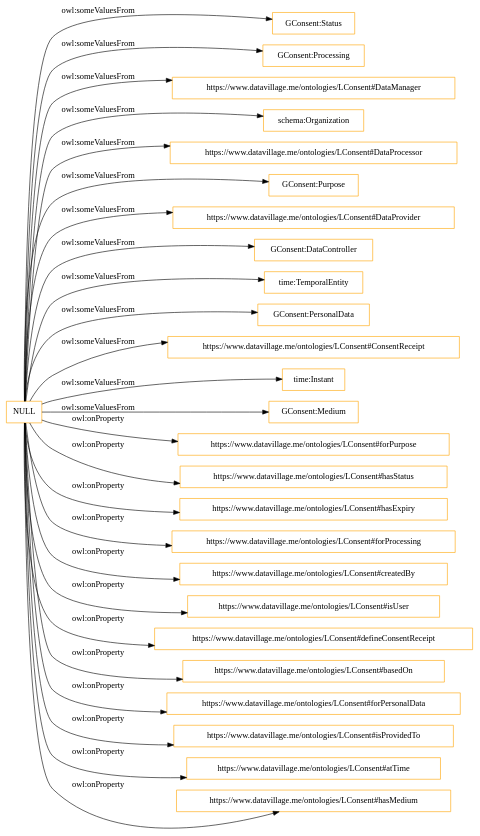
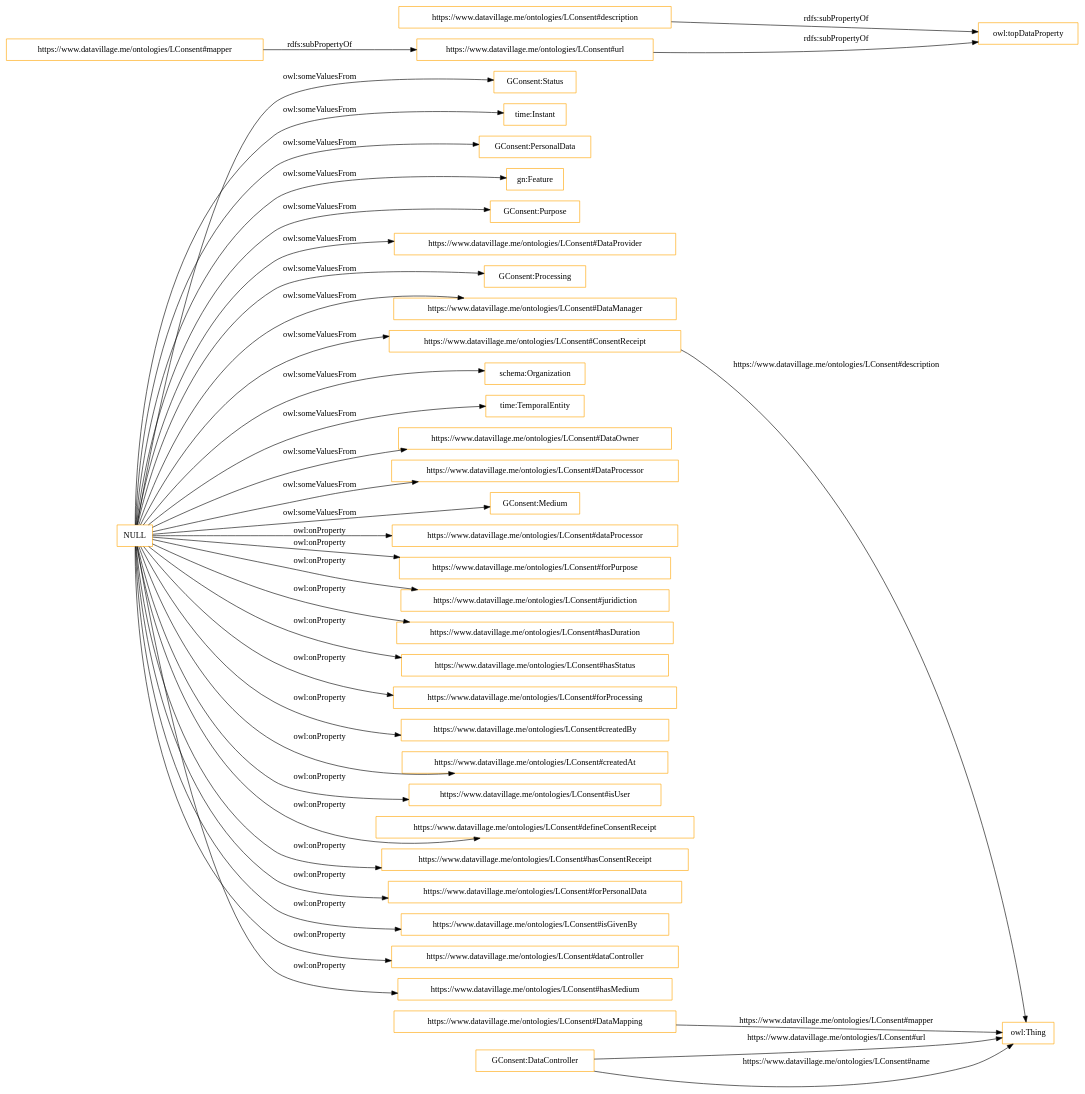
Before and after one commit to datavillage-me/ontologies: the diagram in OnToology/LConsent/ontology.owl/diagrams/ar2dtool-class/ontology.owl.png.dot, drawn with Graphviz. The commit also changed 27 other files, not shown here.

```diff
--- a/OnToology/LConsent/ontology.owl/diagrams/ar2dtool-class/ontology.owl.png.dot
+++ b/OnToology/LConsent/ontology.owl/diagrams/ar2dtool-class/ontology.owl.png.dot
@@ -1,31 +1,42 @@
 digraph ar2dtool_diagram { 
 rankdir=LR;
 size="1501"
-node [shape = rectangle, color="orange"]; "GConsent:Status" "GConsent:Processing" "https://www.datavillage.me/ontologies/LConsent#DataManager" "schema:Organization" "https://www.datavillage.me/ontologies/LConsent#DataProcessor" "GConsent:Purpose" "https://www.datavillage.me/ontologies/LConsent#DataProvider" "GConsent:DataController" "time:TemporalEntity" "GConsent:PersonalData" "https://www.datavillage.me/ontologies/LConsent#ConsentReceipt" "time:Instant" "GConsent:Medium" ; /*classes style*/
-	"NULL" -> "GConsent:DataController" [ label = "owl:someValuesFrom" ];
+node [shape = rectangle, color="orange"]; "GConsent:Status" "time:Instant" "GConsent:PersonalData" "gn:Feature" "GConsent:Purpose" "https://www.datavillage.me/ontologies/LConsent#DataProvider" "GConsent:Processing" "https://www.datavillage.me/ontologies/LConsent#DataManager" "https://www.datavillage.me/ontologies/LConsent#ConsentReceipt" "schema:Organization" "time:TemporalEntity" "https://www.datavillage.me/ontologies/LConsent#DataMapping" "GConsent:DataController" "https://www.datavillage.me/ontologies/LConsent#DataOwner" "https://www.datavillage.me/ontologies/LConsent#DataProcessor" "GConsent:Medium" ; /*classes style*/
+	"https://www.datavillage.me/ontologies/LConsent#description" -> "owl:topDataProperty" [ label = "rdfs:subPropertyOf" ];
+	"https://www.datavillage.me/ontologies/LConsent#mapper" -> "https://www.datavillage.me/ontologies/LConsent#url" [ label = "rdfs:subPropertyOf" ];
+	"NULL" -> "https://www.datavillage.me/ontologies/LConsent#dataProcessor" [ label = "owl:onProperty" ];
+	"NULL" -> "gn:Feature" [ label = "owl:someValuesFrom" ];
 	"NULL" -> "https://www.datavillage.me/ontologies/LConsent#forPurpose" [ label = "owl:onProperty" ];
 	"NULL" -> "GConsent:Status" [ label = "owl:someValuesFrom" ];
+	"NULL" -> "https://www.datavillage.me/ontologies/LConsent#juridiction" [ label = "owl:onProperty" ];
+	"NULL" -> "https://www.datavillage.me/ontologies/LConsent#DataOwner" [ label = "owl:someValuesFrom" ];
+	"NULL" -> "https://www.datavillage.me/ontologies/LConsent#hasDuration" [ label = "owl:onProperty" ];
 	"NULL" -> "https://www.datavillage.me/ontologies/LConsent#hasStatus" [ label = "owl:onProperty" ];
 	"NULL" -> "https://www.datavillage.me/ontologies/LConsent#DataManager" [ label = "owl:someValuesFrom" ];
-	"NULL" -> "https://www.datavillage.me/ontologies/LConsent#hasExpiry" [ label = "owl:onProperty" ];
 	"NULL" -> "https://www.datavillage.me/ontologies/LConsent#forProcessing" [ label = "owl:onProperty" ];
 	"NULL" -> "https://www.datavillage.me/ontologies/LConsent#DataProcessor" [ label = "owl:someValuesFrom" ];
 	"NULL" -> "https://www.datavillage.me/ontologies/LConsent#createdBy" [ label = "owl:onProperty" ];
 	"NULL" -> "time:Instant" [ label = "owl:someValuesFrom" ];
+	"NULL" -> "https://www.datavillage.me/ontologies/LConsent#createdAt" [ label = "owl:onProperty" ];
+	"NULL" -> "https://www.datavillage.me/ontologies/LConsent#ConsentReceipt" [ label = "owl:someValuesFrom" ];
 	"NULL" -> "https://www.datavillage.me/ontologies/LConsent#isUser" [ label = "owl:onProperty" ];
-	"NULL" -> "https://www.datavillage.me/ontologies/LConsent#ConsentReceipt" [ label = "owl:someValuesFrom" ];
 	"NULL" -> "https://www.datavillage.me/ontologies/LConsent#defineConsentReceipt" [ label = "owl:onProperty" ];
 	"NULL" -> "schema:Organization" [ label = "owl:someValuesFrom" ];
-	"NULL" -> "https://www.datavillage.me/ontologies/LConsent#basedOn" [ label = "owl:onProperty" ];
+	"NULL" -> "https://www.datavillage.me/ontologies/LConsent#hasConsentReceipt" [ label = "owl:onProperty" ];
 	"NULL" -> "https://www.datavillage.me/ontologies/LConsent#forPersonalData" [ label = "owl:onProperty" ];
 	"NULL" -> "GConsent:Medium" [ label = "owl:someValuesFrom" ];
-	"NULL" -> "https://www.datavillage.me/ontologies/LConsent#isProvidedTo" [ label = "owl:onProperty" ];
+	"NULL" -> "https://www.datavillage.me/ontologies/LConsent#isGivenBy" [ label = "owl:onProperty" ];
+	"NULL" -> "time:TemporalEntity" [ label = "owl:someValuesFrom" ];
 	"NULL" -> "GConsent:PersonalData" [ label = "owl:someValuesFrom" ];
-	"NULL" -> "time:TemporalEntity" [ label = "owl:someValuesFrom" ];
 	"NULL" -> "GConsent:Processing" [ label = "owl:someValuesFrom" ];
+	"NULL" -> "https://www.datavillage.me/ontologies/LConsent#dataController" [ label = "owl:onProperty" ];
 	"NULL" -> "https://www.datavillage.me/ontologies/LConsent#DataProvider" [ label = "owl:someValuesFrom" ];
-	"NULL" -> "https://www.datavillage.me/ontologies/LConsent#atTime" [ label = "owl:onProperty" ];
 	"NULL" -> "https://www.datavillage.me/ontologies/LConsent#hasMedium" [ label = "owl:onProperty" ];
 	"NULL" -> "GConsent:Purpose" [ label = "owl:someValuesFrom" ];
+	"https://www.datavillage.me/ontologies/LConsent#url" -> "owl:topDataProperty" [ label = "rdfs:subPropertyOf" ];
+	"GConsent:DataController" -> "owl:Thing" [ label = "https://www.datavillage.me/ontologies/LConsent#url" ];
+	"GConsent:DataController" -> "owl:Thing" [ label = "https://www.datavillage.me/ontologies/LConsent#name" ];
+	"https://www.datavillage.me/ontologies/LConsent#DataMapping" -> "owl:Thing" [ label = "https://www.datavillage.me/ontologies/LConsent#mapper" ];
+	"https://www.datavillage.me/ontologies/LConsent#ConsentReceipt" -> "owl:Thing" [ label = "https://www.datavillage.me/ontologies/LConsent#description" ];
 
 }
```
